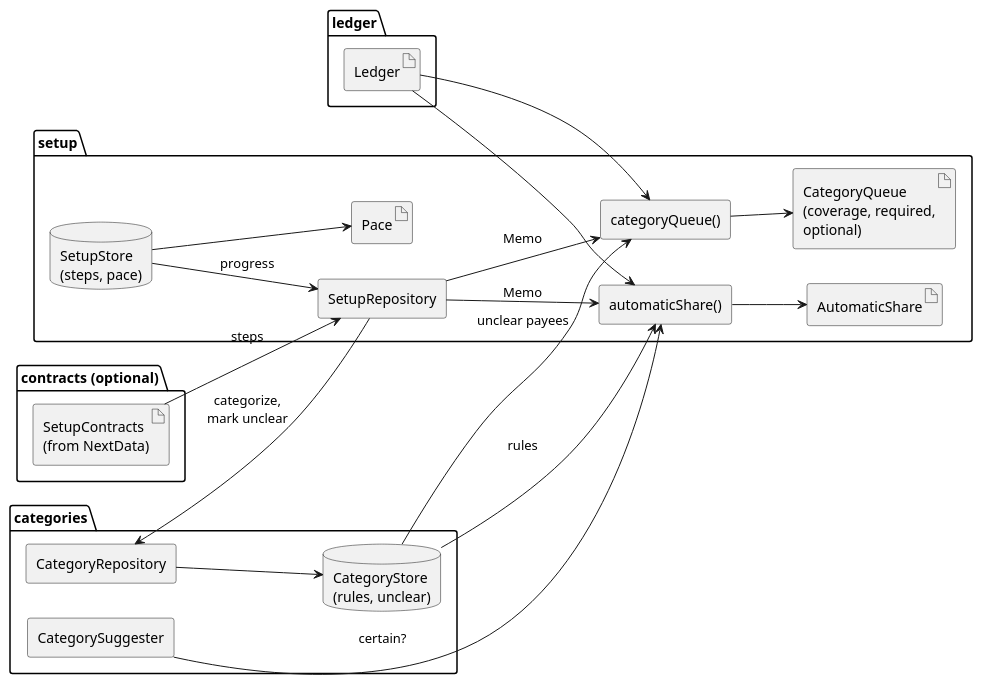
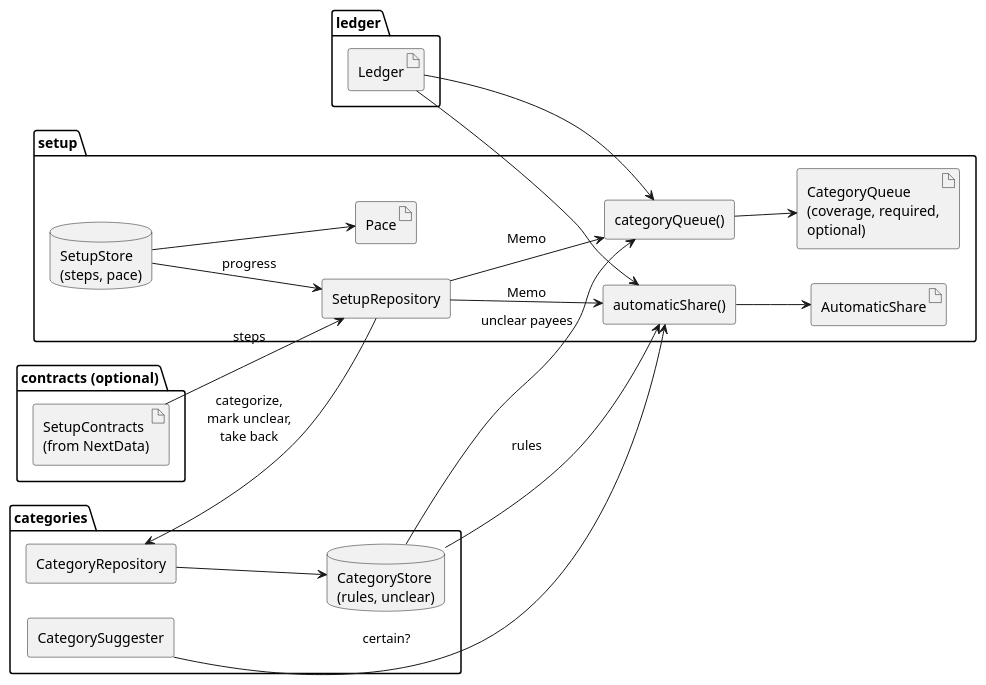
The diagram in next/data/setup/src/main/java/org/totschnig/myexpenses/next/data/setup/setup.puml (castn/MyExpenses), drawn with PlantUML before and after one commit. The commit also changed 4 other files, not shown here.

```diff
--- a/next/data/setup/src/main/java/org/totschnig/myexpenses/next/data/setup/setup.puml
+++ b/next/data/setup/src/main/java/org/totschnig/myexpenses/next/data/setup/setup.puml
@@ -1,43 +1,43 @@
 @startuml setup
 skinparam componentStyle rectangle
 skinparam shadowing false
 left to right direction
 
 package "ledger" {
   artifact Ledger
 }
 package "categories" {
   [CategoryRepository] as categoryRepository
   database "CategoryStore\n(rules, unclear)" as categoryStore
   [CategorySuggester] as suggester
 }
 package "contracts (optional)" {
   artifact "SetupContracts\n(from NextData)" as setupContracts
 }
 
 package "setup" {
   [categoryQueue()] as queueFn
   artifact "CategoryQueue\n(coverage, required,\noptional)" as queue
   [automaticShare()] as shareFn
   artifact AutomaticShare as share
   [SetupRepository] as repository
   database "SetupStore\n(steps, pace)" as store
   artifact "Pace" as pace
 }
 
 Ledger --> queueFn
 categoryStore --> queueFn : unclear payees
 queueFn --> queue
 Ledger --> shareFn
 categoryStore --> shareFn : rules
 suggester --> shareFn : certain?
 shareFn --> share
 repository --> queueFn : Memo
 repository --> shareFn : Memo
-repository --> categoryRepository : categorize,\nmark unclear
+repository --> categoryRepository : categorize,\nmark unclear,\ntake back
 categoryRepository --> categoryStore
 setupContracts --> repository : steps
 store --> repository : progress
 store --> pace
 
 @enduml
```
